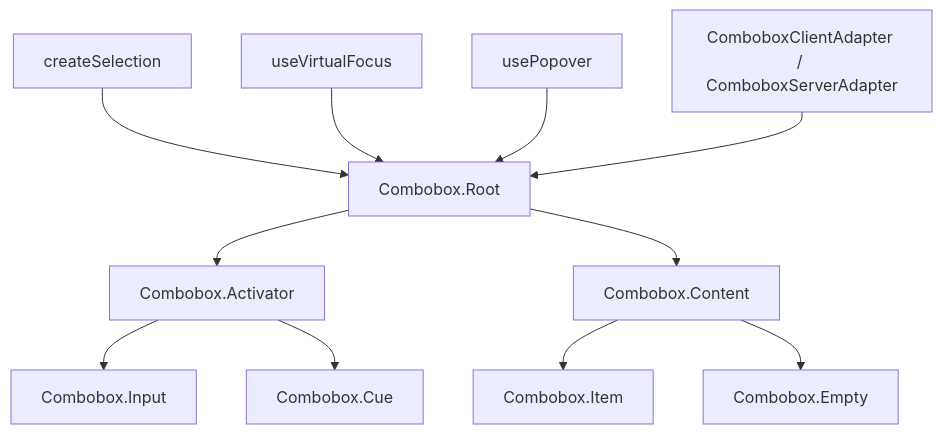
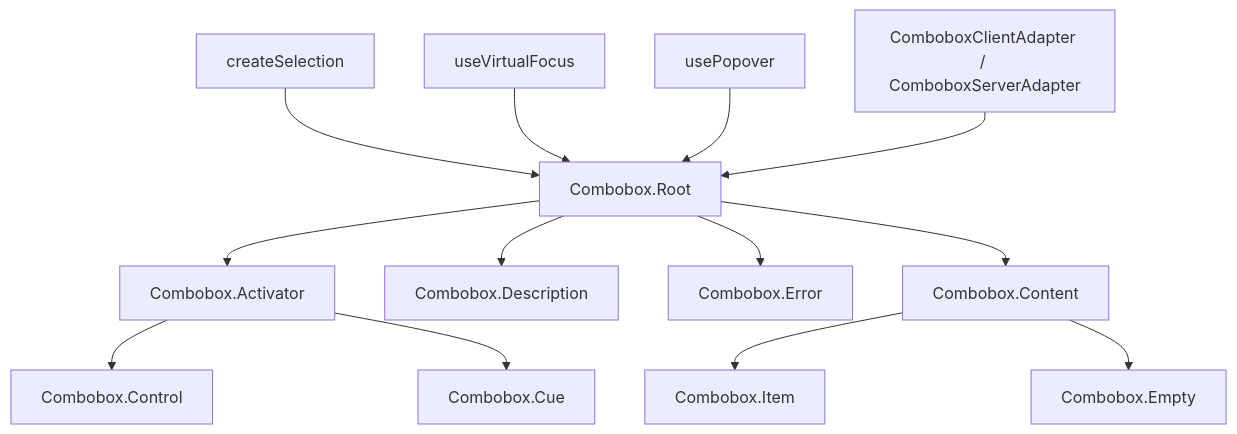
Before and after one commit to vuetifyjs/0: the diagram in apps/docs/src/pages/components/forms/combobox.md, drawn with Mermaid. The commit also changed other lines of this file and 12 other files, not shown here.

First line of the commit message:
refactor(Combobox): add Description, Error, rename Input to Control

````diff
--- a/apps/docs/src/pages/components/forms/combobox.md
+++ b/apps/docs/src/pages/components/forms/combobox.md
@@ -64,25 +68,29 @@
 ```mermaid "Combobox Architecture"
 flowchart TD
   CreateSelection["createSelection"]
   UseVirtualFocus["useVirtualFocus"]
   UsePopover["usePopover"]
   Adapter["ComboboxClientAdapter / ComboboxServerAdapter"]
   Root["Combobox.Root"]:::primary
   Activator["Combobox.Activator"]
-  Input["Combobox.Input"]
+  Control["Combobox.Control"]
   Cue["Combobox.Cue"]
+  Description["Combobox.Description"]
+  Error["Combobox.Error"]
   Content["Combobox.Content"]
   Item["Combobox.Item"]
   Empty["Combobox.Empty"]
 
   CreateSelection --> Root
   UseVirtualFocus --> Root
   UsePopover --> Root
   Adapter --> Root
   Root --> Activator
+  Root --> Description
+  Root --> Error
   Root --> Content
-  Activator --> Input
+  Activator --> Control
   Activator --> Cue
   Content --> Item
   Content --> Empty
 ```
````
